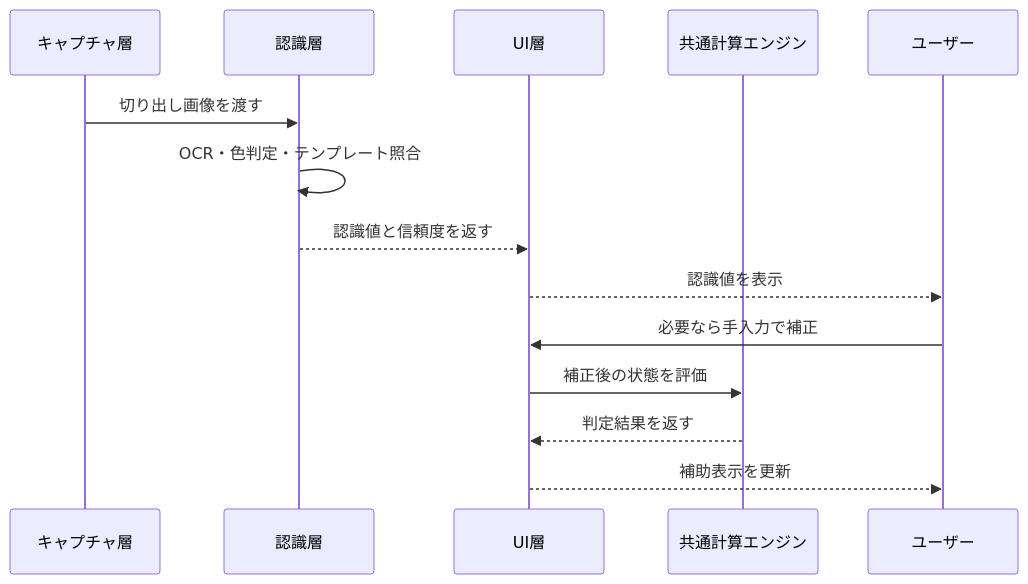
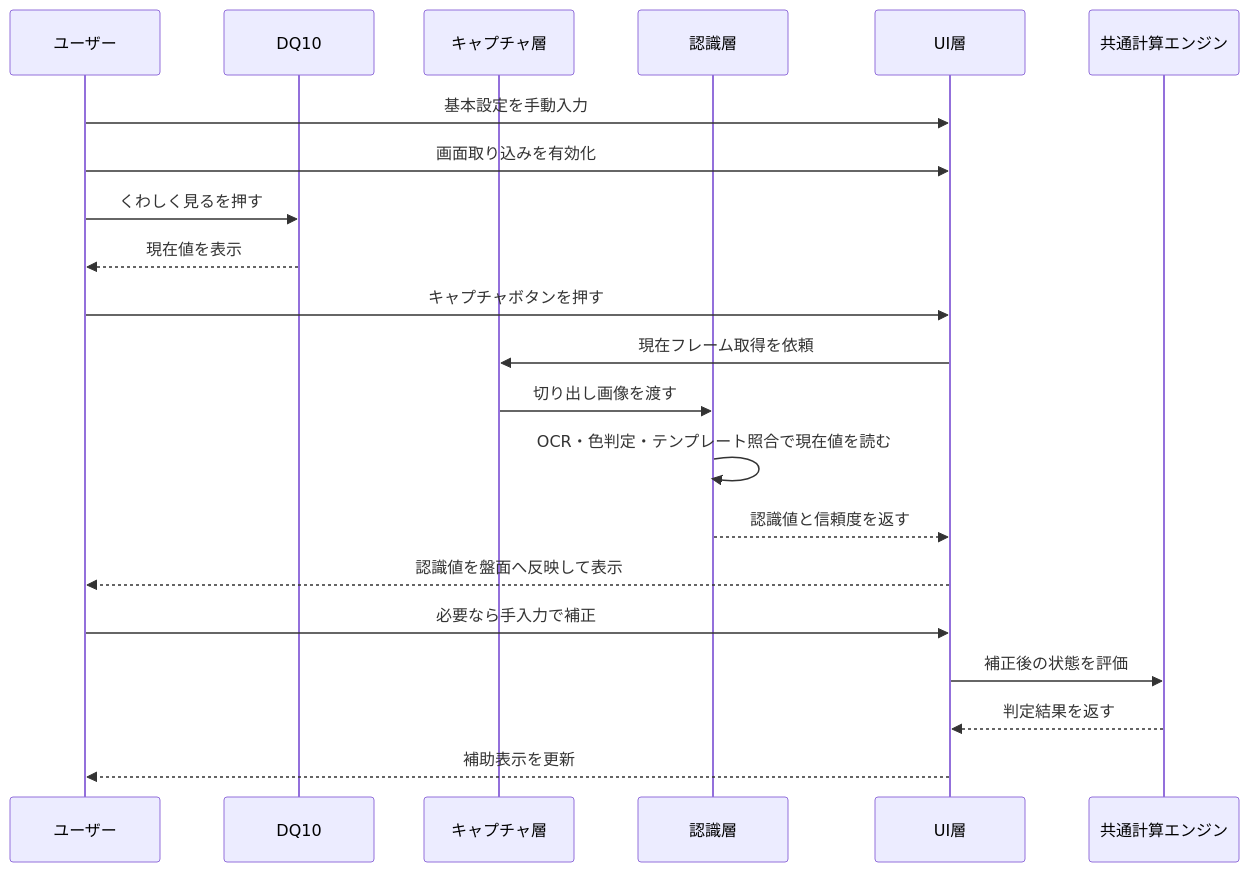
One commit to kwdch013/crafting_dq10 changed the seventh of 7 diagrams in docs/design/02-sequences.md. Above: the diagram before and after it, drawn with Mermaid. The commit also changed other lines of this file and 187 other files, not shown here.

````diff
--- a/docs/design/02-sequences.md
+++ b/docs/design/02-sequences.md
@@ -134,17 +133,24 @@
 ```mermaid
 sequenceDiagram
+  participant User as ユーザー
+  participant Game as DQ10
   participant Capture as キャプチャ層
   participant Recognition as 認識層
   participant UI as UI層
   participant Engine as 共通計算エンジン
-  participant User as ユーザー
 
+  User->>UI: 基本設定を手動入力
+  User->>UI: 画面取り込みを有効化
+  User->>Game: くわしく見るを押す
+  Game-->>User: 現在値を表示
+  User->>UI: キャプチャボタンを押す
+  UI->>Capture: 現在フレーム取得を依頼
   Capture->>Recognition: 切り出し画像を渡す
-  Recognition->>Recognition: OCR・色判定・テンプレート照合
+  Recognition->>Recognition: OCR・色判定・テンプレート照合で現在値を読む
   Recognition-->>UI: 認識値と信頼度を返す
-  UI-->>User: 認識値を表示
+  UI-->>User: 認識値を盤面へ反映して表示
   User->>UI: 必要なら手入力で補正
   UI->>Engine: 補正後の状態を評価
   Engine-->>UI: 判定結果を返す
   UI-->>User: 補助表示を更新
 ```
````
